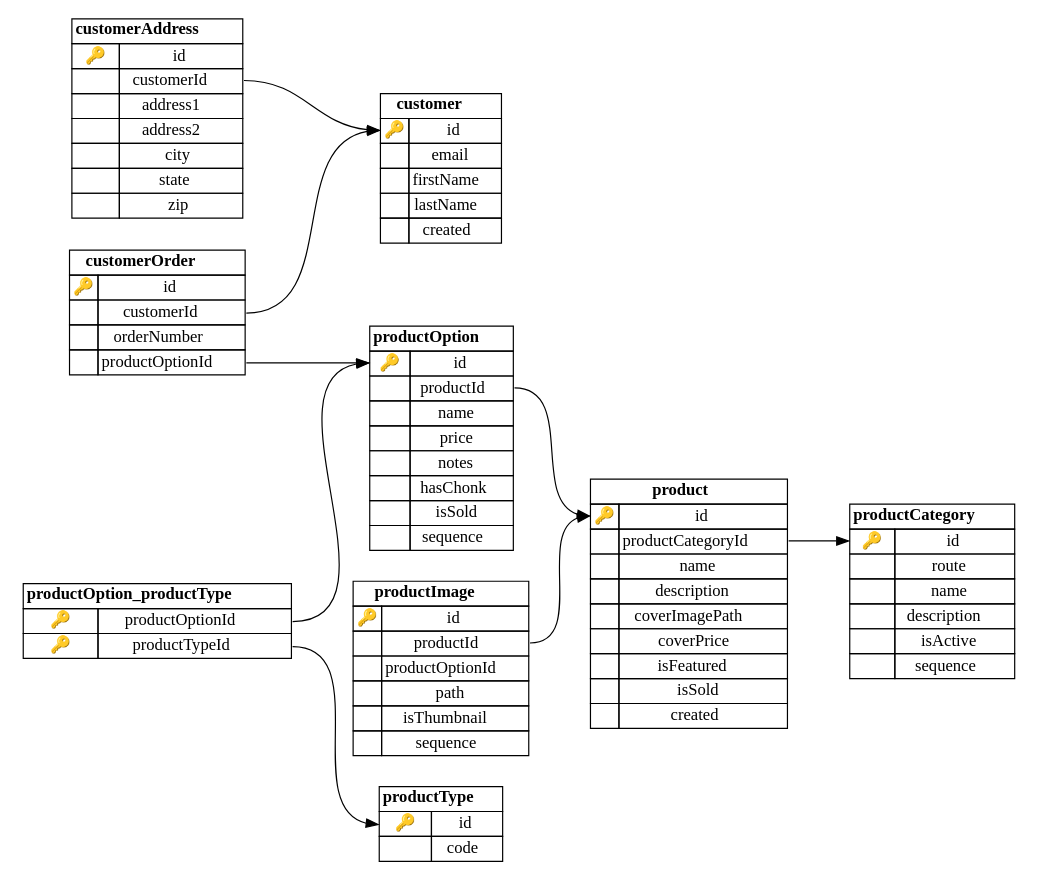
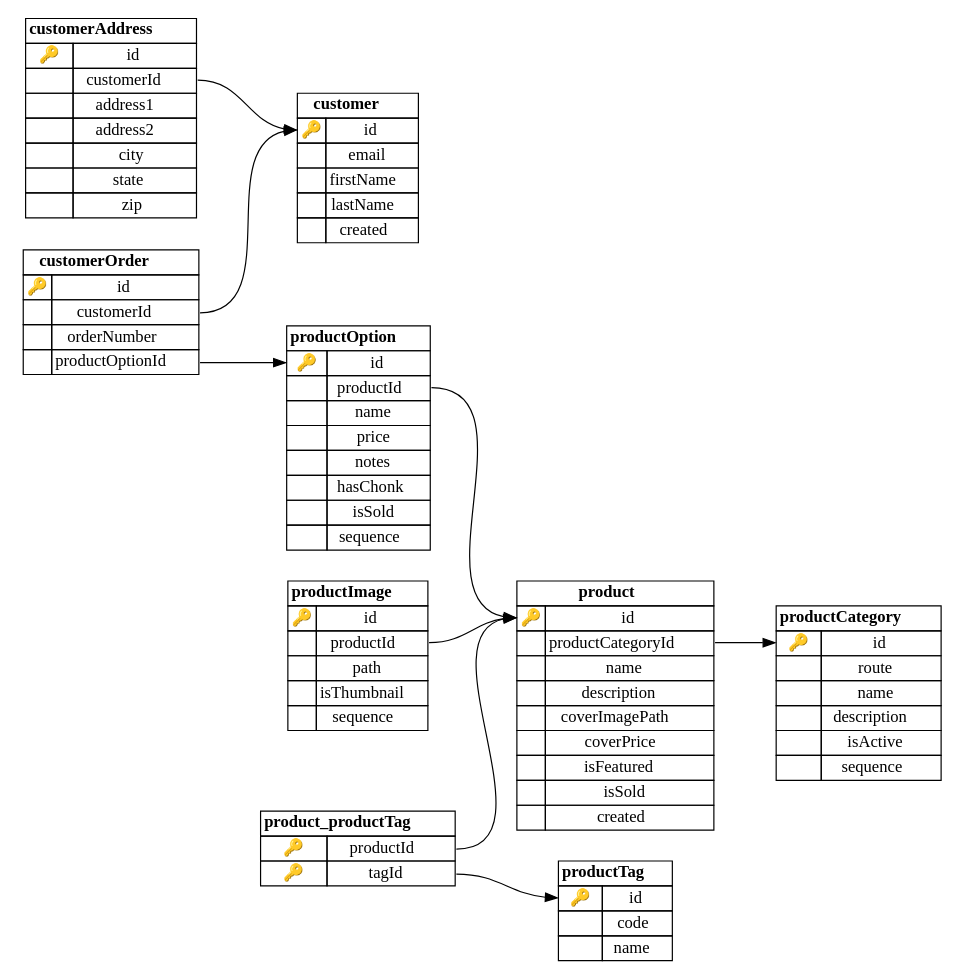
The diagram in src/database/schema.dot (ttosi/desert-dice-api), drawn with Graphviz before and after one commit. The commit also changed 32 other files, not shown here.

Commit message:
refactor db schema

```diff
--- a/src/database/schema.dot
+++ b/src/database/schema.dot
@@ -252,12 +252,6 @@
             
 
                 <TR>
-                    <TD PORT="productOptionId_to">&nbsp;</TD>
-                    <TD PORT="productOptionId_from">productOptionId</TD>
-                </TR>
-            
-
-                <TR>
                     <TD PORT="path_to">&nbsp;</TD>
                     <TD PORT="path_from">path</TD>
                 </TR>
@@ -333,30 +327,10 @@
             </TABLE>
         >];
         
-productOption_productType [label=<
+productTag [label=<
             <TABLE BORDER="0" CELLSPACING="0" CELLBORDER="1">
                 <TR>
-                    <TD COLSPAN="2"><B>productOption_productType</B></TD>
-                </TR>
-            
-                <TR>
-                    <TD PORT="productOptionId_to">🔑</TD>
-                    <TD PORT="productOptionId_from">productOptionId</TD>
-                </TR>
-            
-
-                <TR>
-                    <TD PORT="productTypeId_to">🔑</TD>
-                    <TD PORT="productTypeId_from">productTypeId</TD>
-                </TR>
-            
-            </TABLE>
-        >];
-        
-productType [label=<
-            <TABLE BORDER="0" CELLSPACING="0" CELLBORDER="1">
-                <TR>
-                    <TD COLSPAN="2"><B>productType</B></TD>
+                    <TD COLSPAN="2"><B>productTag</B></TD>
                 </TR>
             
                 <TR>
@@ -370,16 +344,42 @@
                     <TD PORT="code_from">code</TD>
                 </TR>
             
+
+                <TR>
+                    <TD PORT="name_to">&nbsp;</TD>
+                    <TD PORT="name_from">name</TD>
+                </TR>
+            
             </TABLE>
         >];
         
-product:productCategoryId_from:e -> productCategory:id_to:w
+product_productTag [label=<
+            <TABLE BORDER="0" CELLSPACING="0" CELLBORDER="1">
+                <TR>
+                    <TD COLSPAN="2"><B>product_productTag</B></TD>
+                </TR>
+            
+                <TR>
+                    <TD PORT="productId_to">🔑</TD>
+                    <TD PORT="productId_from">productId</TD>
+                </TR>
+            
+
+                <TR>
+                    <TD PORT="tagId_to">🔑</TD>
+                    <TD PORT="tagId_from">tagId</TD>
+                </TR>
+            
+            </TABLE>
+        >];
+        
+product_productTag:tagId_from:e -> productTag:id_to:w
+product_productTag:productId_from:e -> product:id_to:w
 customerOrder:productOptionId_from:e -> productOption:id_to:w
 customerOrder:customerId_from:e -> customer:id_to:w
+productOption:productId_from:e -> product:id_to:w
+product:productCategoryId_from:e -> productCategory:id_to:w
+customerAddress:customerId_from:e -> customer:id_to:w
 productImage:productId_from:e -> product:id_to:w
-customerAddress:customerId_from:e -> customer:id_to:w
-productOption_productType:productTypeId_from:e -> productType:id_to:w
-productOption_productType:productOptionId_from:e -> productOption:id_to:w
-productOption:productId_from:e -> product:id_to:w
 
 }
```
